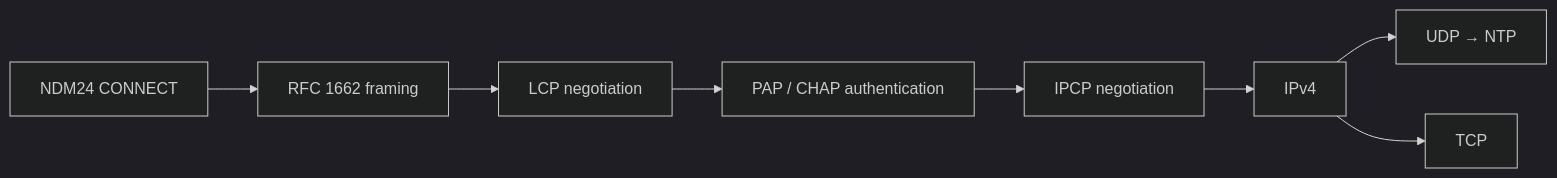
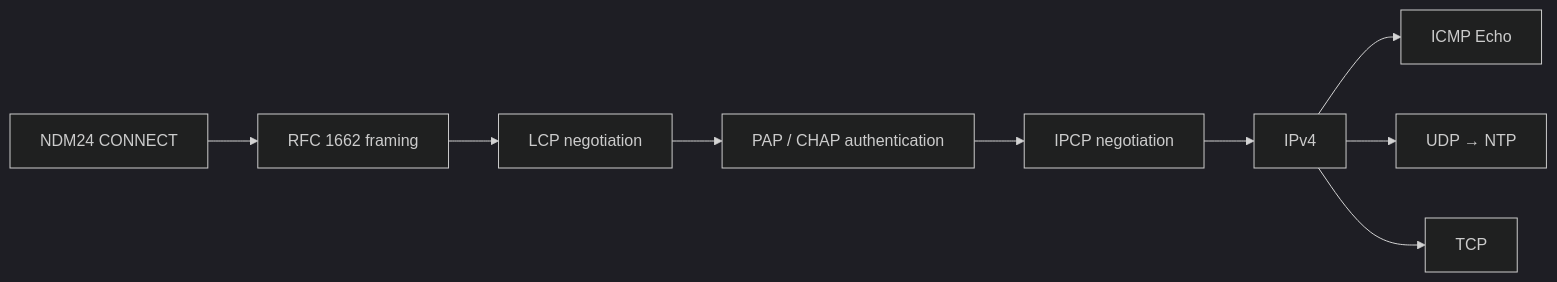
Before and after one commit to mucho613/snes-modem-control: the diagram in docs/ppp.md, drawn with Mermaid (dark theme). The commit also changed other lines of this file and 12 other files, not shown here.

Commit message:
feat: add ICMP Echo responder

````diff
--- a/docs/ppp.md
+++ b/docs/ppp.md
@@ -11,10 +11,11 @@
 ```mermaid
 flowchart LR
     C["NDM24 CONNECT"] --> F["RFC 1662 framing"]
     F --> L["LCP negotiation"]
     L --> A["PAP / CHAP authentication"]
     A --> I["IPCP negotiation"]
     I --> V["IPv4"]
+    V --> E["ICMP Echo"]
     V --> U["UDP → NTP"]
     V --> T["TCP"]
 ```
````
